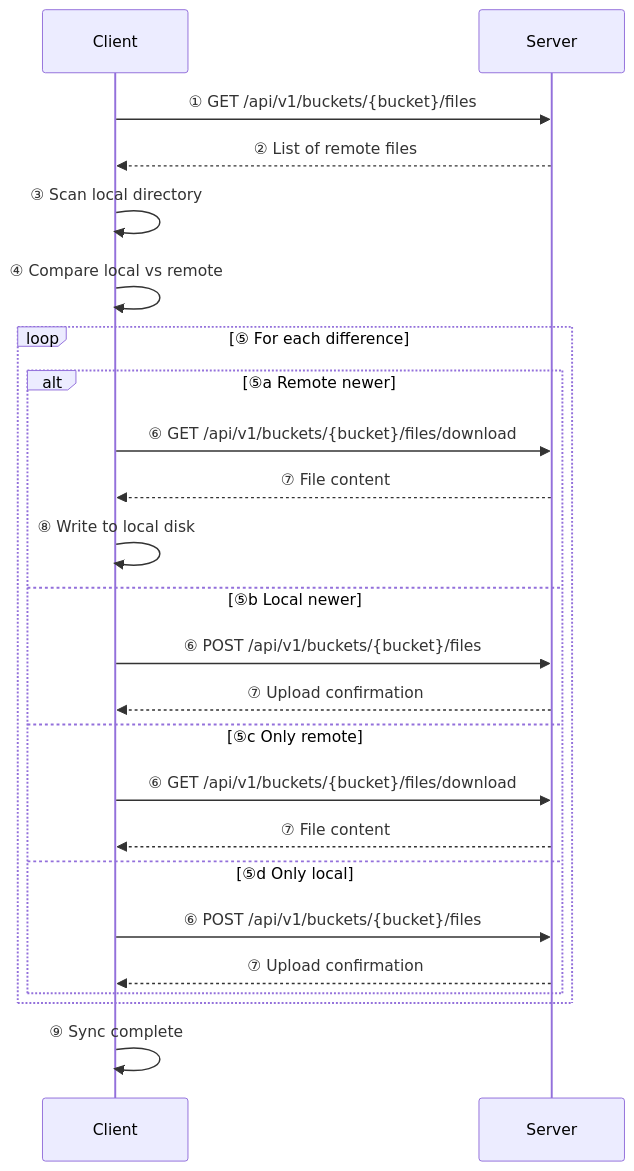
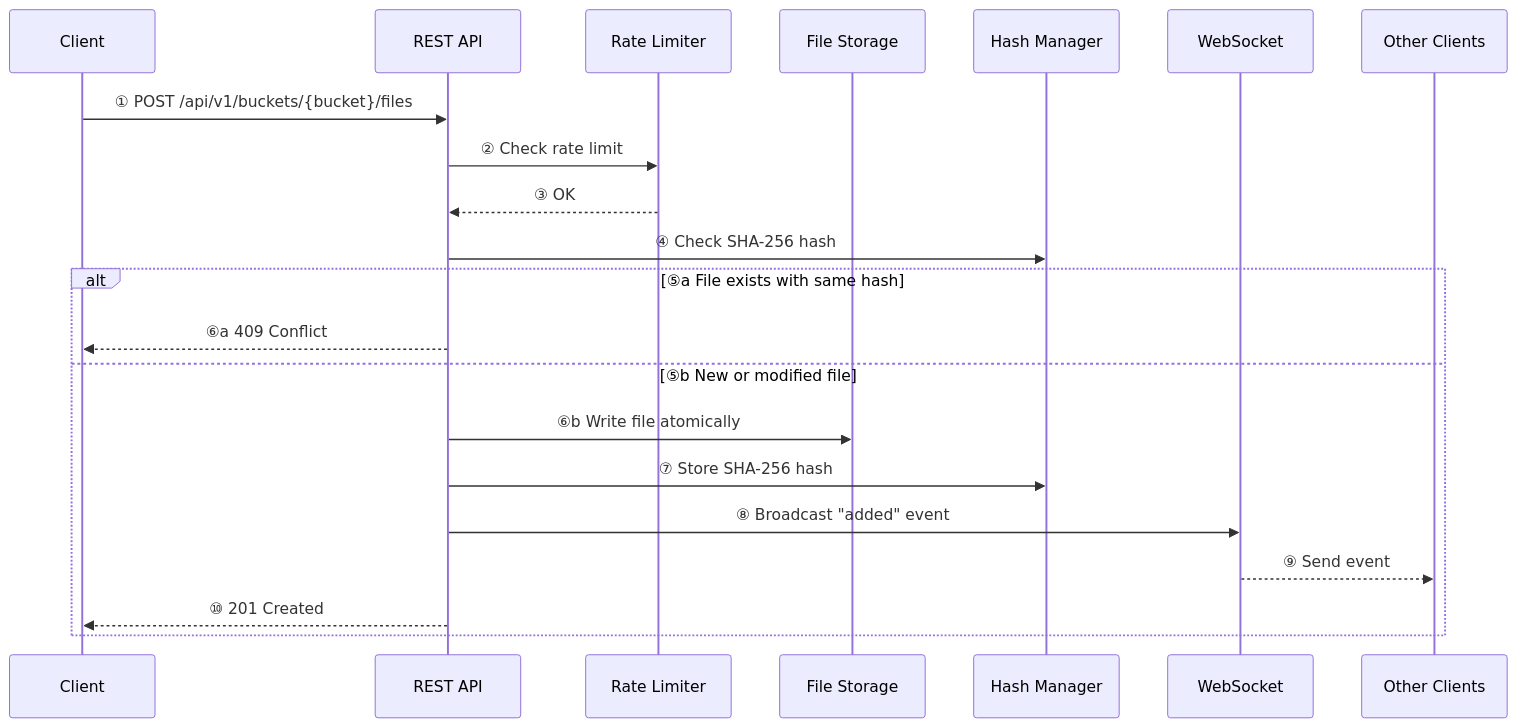
One commit to albertsdk/hsync-server changed the second of 6 diagrams in docs/sync-flow.md. Above: the diagram before and after it, drawn with Mermaid. The commit also changed other lines of this file and 4 other files, not shown here.

Commit message:
docs: update sync-flow, README, API, architecture, and FAQ

````diff
--- a/docs/sync-flow.md
+++ b/docs/sync-flow.md
@@ -44,30 +54,24 @@
 ```mermaid
 sequenceDiagram
     participant C as Client
-    participant S as Server
+    participant API as REST API
+    participant RL as Rate Limiter
+    participant FS as File Storage
+    participant HM as Hash Manager
+    participant WS as WebSocket
+    participant OC as Other Clients
 
-    C->>S: ① GET /api/v1/buckets/{bucket}/files
-    S-->>C: ② List of remote files
-
-    C->>C: ③ Scan local directory
-    C->>C: ④ Compare local vs remote
-
-    loop ⑤ For each difference
-        alt ⑤a Remote newer
-            C->>S: ⑥ GET /api/v1/buckets/{bucket}/files/download
-            S-->>C: ⑦ File content
-            C->>C: ⑧ Write to local disk
-        else ⑤b Local newer
-            C->>S: ⑥ POST /api/v1/buckets/{bucket}/files
-            S-->>C: ⑦ Upload confirmation
-        else ⑤c Only remote
-            C->>S: ⑥ GET /api/v1/buckets/{bucket}/files/download
-            S-->>C: ⑦ File content
-        else ⑤d Only local
-            C->>S: ⑥ POST /api/v1/buckets/{bucket}/files
-            S-->>C: ⑦ Upload confirmation
-        end
+    C->>API: ① POST /api/v1/buckets/{bucket}/files
+    API->>RL: ② Check rate limit
+    RL-->>API: ③ OK
+    API->>HM: ④ Check SHA-256 hash
+    alt ⑤a File exists with same hash
+        API-->>C: ⑥a 409 Conflict
+    else ⑤b New or modified file
+        API->>FS: ⑥b Write file atomically
+        API->>HM: ⑦ Store SHA-256 hash
+        API->>WS: ⑧ Broadcast "added" event
+        WS-->>OC: ⑨ Send event
+        API-->>C: ⑩ 201 Created
     end
-
-    C->>C: ⑨ Sync complete
 ```
````
